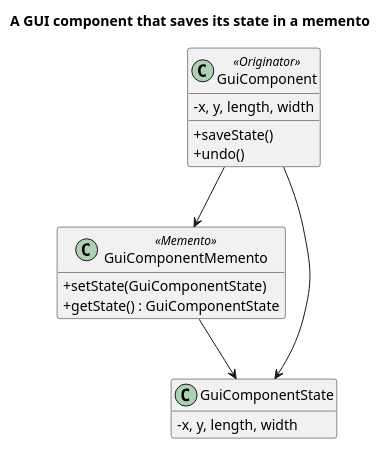
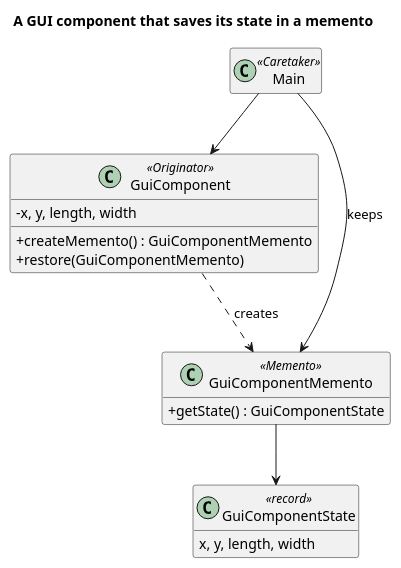
One commit to kaldiroglu/DesignPatternsWithJava changed the diagram in src/main/java/dev/kaldiroglu/dp/behavioral/memento/gui/uml/Memento - GUI - Class Diagram.puml. Above: the diagram before and after it, drawn with PlantUML. The commit also changed 7 other files, not shown here.

Commit message:
Memento gui: Main is the caretaker; the state is a record; Test is Main

```diff
--- a/src/main/java/dev/kaldiroglu/dp/behavioral/memento/gui/uml/Memento - GUI - Class Diagram.puml
+++ b/src/main/java/dev/kaldiroglu/dp/behavioral/memento/gui/uml/Memento - GUI - Class Diagram.puml
@@ -1,20 +1,21 @@
 @startuml "Memento - GUI - Class Diagram"
 skinparam classAttributeIconSize 0
 hide empty members
 title A GUI component that saves its state in a memento
 class GuiComponent <<Originator>> {
   - x, y, length, width
-  + saveState()
-  + undo()
+  + createMemento() : GuiComponentMemento
+  + restore(GuiComponentMemento)
 }
 class GuiComponentMemento <<Memento>> {
-  + setState(GuiComponentState)
   + getState() : GuiComponentState
 }
-class GuiComponentState {
-  - x, y, length, width
+class GuiComponentState <<record>> {
+  x, y, length, width
 }
-GuiComponent --> GuiComponentMemento
-GuiComponent --> GuiComponentState
+class Main <<Caretaker>>
+Main --> GuiComponentMemento : keeps
+Main --> GuiComponent
+GuiComponent ..> GuiComponentMemento : creates
 GuiComponentMemento --> GuiComponentState
 @enduml
```
